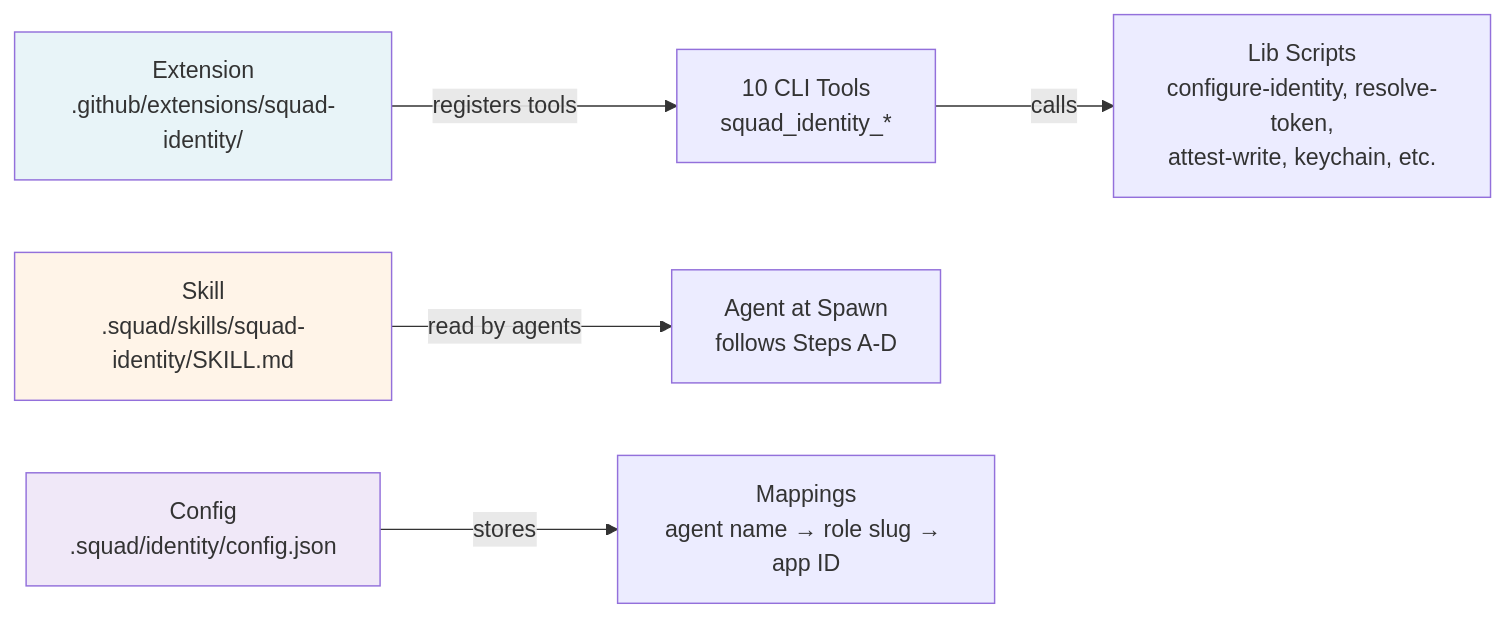
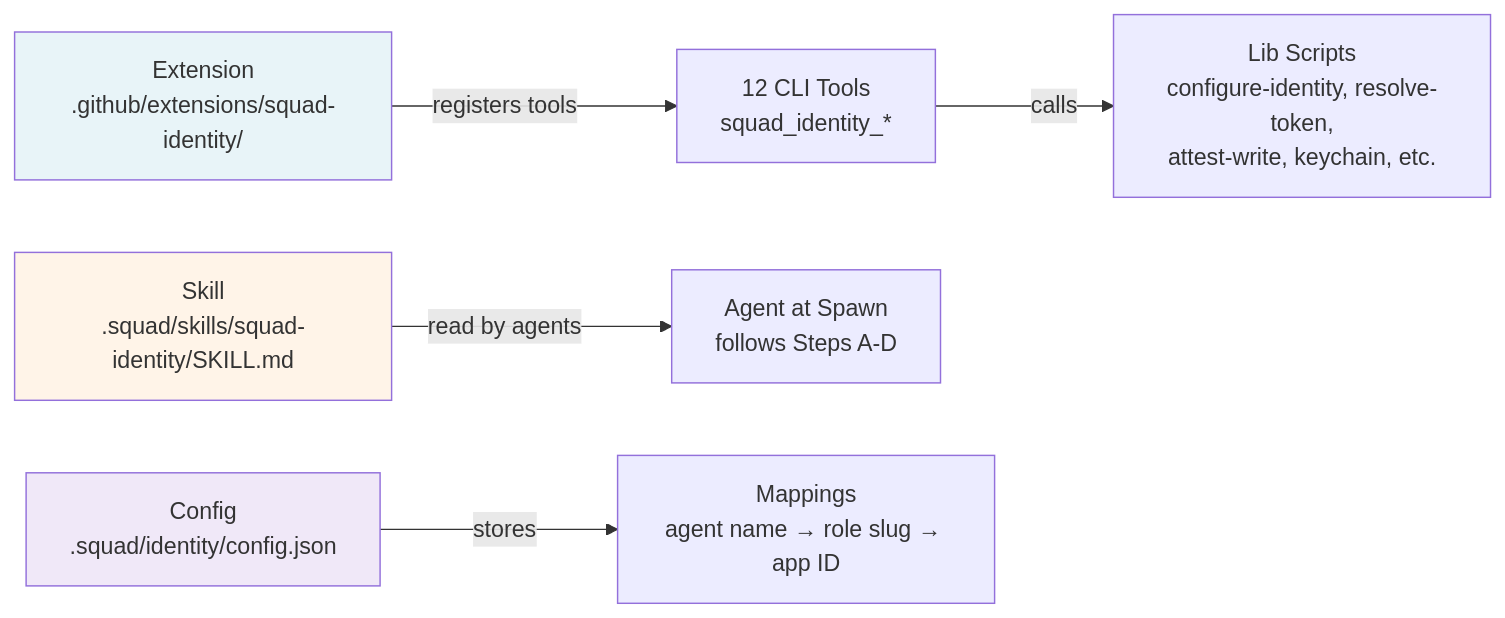
One commit to sabbour/squad-identity changed the first of 2 diagrams in README.md. Above: the diagram before and after it, drawn with Mermaid. The commit also changed other lines of this file and 12 other files, not shown here.

First line of the commit message:
feat: add batch CLI commands, extension script tools, and fix install-apps CWD bug

````diff
--- a/README.md
+++ b/README.md
@@ -231,11 +240,11 @@
 ```mermaid
 graph LR
-    A["Extension<br/>.github/extensions/squad-identity/"] -->|registers tools| B["10 CLI Tools<br/>squad_identity_*"]
+    A["Extension<br/>.github/extensions/squad-identity/"] -->|registers tools| B["12 CLI Tools<br/>squad_identity_*"]
     B -->|calls| C["Lib Scripts<br/>configure-identity, resolve-token,<br/>attest-write, keychain, etc."]
     D["Skill<br/>.squad/skills/squad-identity/SKILL.md"] -->|read by agents| E["Agent at Spawn<br/>follows Steps A-D"]
     F["Config<br/>.squad/identity/config.json"] -->|stores| G["Mappings<br/>agent name → role slug → app ID"]
     
     style A fill:#e8f4f8
     style D fill:#fff4e8
     style F fill:#f0e8f8
 ```
````
